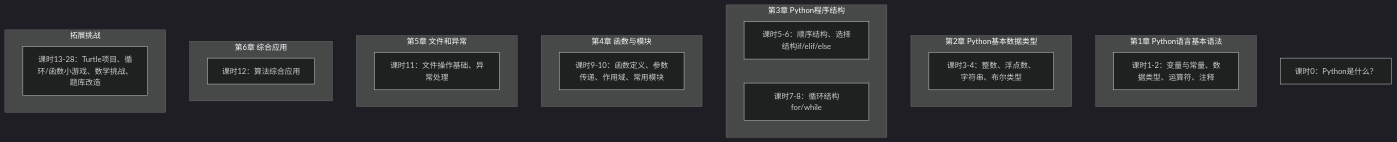
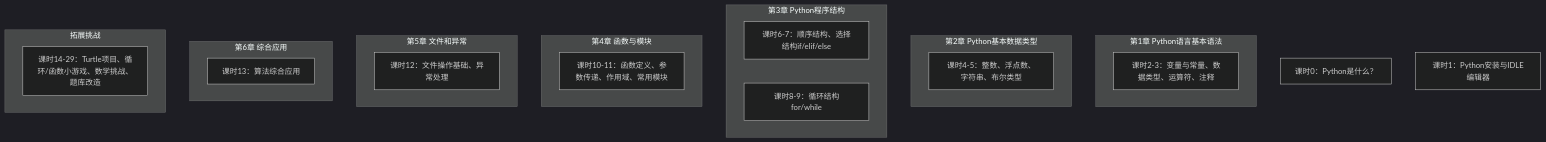
The first of 3 diagrams in docs/PRD.md (v587labs/ycl-python-level4), drawn with Mermaid (dark theme) before and after one commit. The commit also changed other lines of this file and 9 other files, not shown here.

````diff
--- a/docs/PRD.md
+++ b/docs/PRD.md
@@ -45,26 +45,27 @@
 ```mermaid
 flowchart TB
     Intro["课时0：Python是什么？"]
+    Editor["课时1：Python安装与IDLE编辑器"]
     subgraph Chapter1["第1章 Python语言基本语法"]
-        L1["课时1-2：变量与常量、数据类型、运算符、注释"]
+        L1["课时2-3：变量与常量、数据类型、运算符、注释"]
     end
     subgraph Chapter2["第2章 Python基本数据类型"]
-        L2["课时3-4：整数、浮点数、字符串、布尔类型"]
+        L2["课时4-5：整数、浮点数、字符串、布尔类型"]
     end
     subgraph Chapter3["第3章 Python程序结构"]
-        L3["课时5-6：顺序结构、选择结构if/elif/else"]
-        L4["课时7-8：循环结构for/while"]
+        L3["课时6-7：顺序结构、选择结构if/elif/else"]
+        L4["课时8-9：循环结构for/while"]
     end
     subgraph Chapter4["第4章 函数与模块"]
-        L5["课时9-10：函数定义、参数传递、作用域、常用模块"]
+        L5["课时10-11：函数定义、参数传递、作用域、常用模块"]
     end
     subgraph Chapter5["第5章 文件和异常"]
-        L6["课时11：文件操作基础、异常处理"]
+        L6["课时12：文件操作基础、异常处理"]
     end
     subgraph Chapter6["第6章 综合应用"]
-        L7["课时12：算法综合应用"]
+        L7["课时13：算法综合应用"]
     end
     subgraph Extension["拓展挑战"]
-        E1["课时13-28：Turtle项目、循环/函数小游戏、数学挑战、题库改造"]
+        E1["课时14-29：Turtle项目、循环/函数小游戏、数学挑战、题库改造"]
     end
 ```
````
